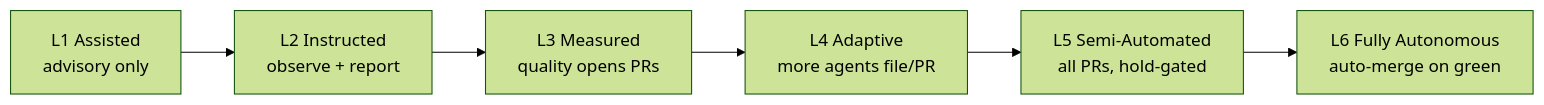
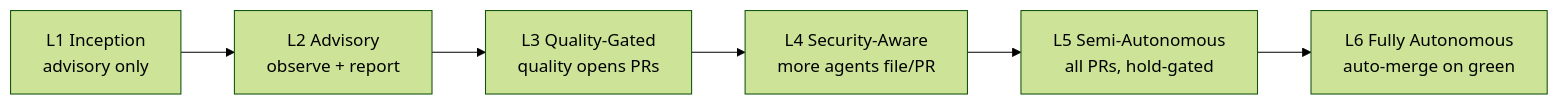
The sixth of 10 diagrams in v2/docs/architecture.md (Danathar/hive), drawn with Mermaid (forest theme) before and after one commit. The commit also changed other lines of this file and 35 other files, not shown here.

First line of the commit message:
✨ feat: rename ACMM levels to capability names (Inception→Fully Autonomous) (#2605)

````diff
--- a/v2/docs/architecture.md
+++ b/v2/docs/architecture.md
@@ -230,10 +230,10 @@
 ```mermaid
 flowchart LR
-    L1["L1 Assisted<br/>advisory only"]
-    L2["L2 Instructed<br/>observe + report"]
-    L3["L3 Measured<br/>quality opens PRs"]
-    L4["L4 Adaptive<br/>more agents file/PR"]
-    L5["L5 Semi-Automated<br/>all PRs, hold-gated"]
+    L1["L1 Inception<br/>advisory only"]
+    L2["L2 Advisory<br/>observe + report"]
+    L3["L3 Quality-Gated<br/>quality opens PRs"]
+    L4["L4 Security-Aware<br/>more agents file/PR"]
+    L5["L5 Semi-Autonomous<br/>all PRs, hold-gated"]
     L6["L6 Fully Autonomous<br/>auto-merge on green"]
     L1 --> L2 --> L3 --> L4 --> L5 --> L6
 ```
````
